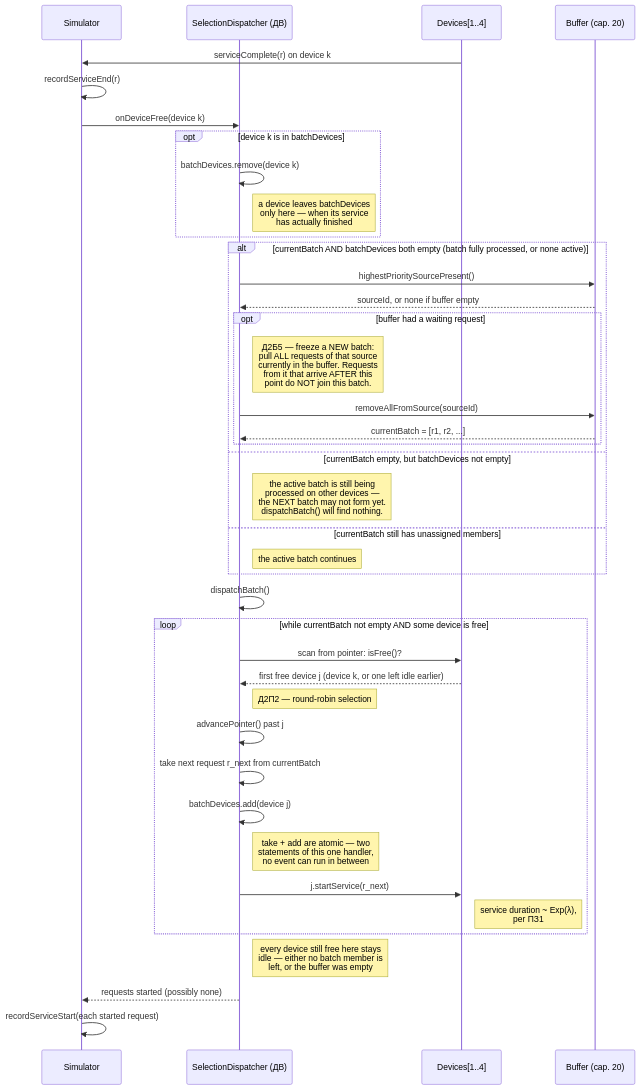
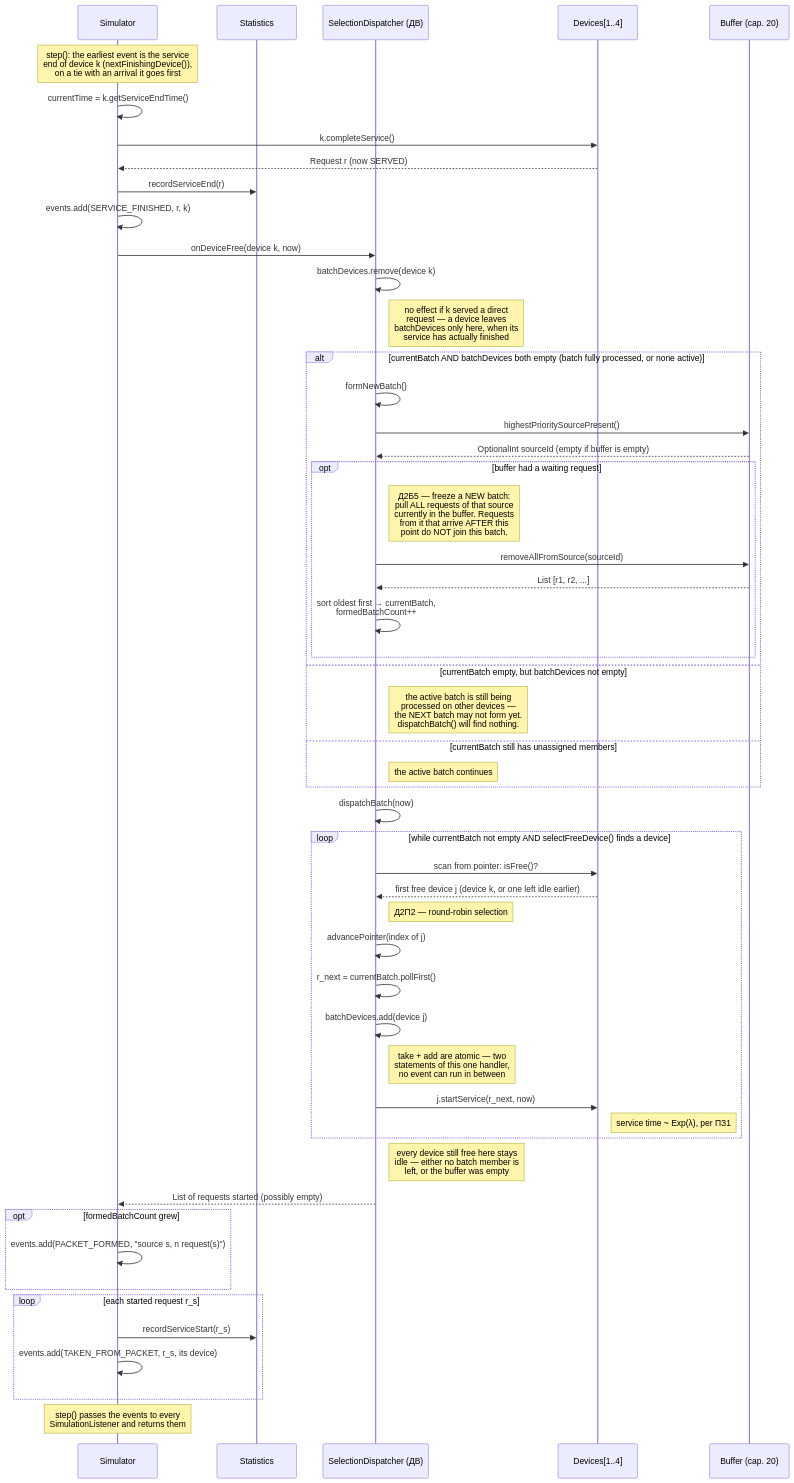
Before and after one commit to abdelrhmanbaha/smo-v24-commodity-trading: the diagram in docs/diagrams/sequence-device-free.mmd, drawn with Mermaid. The commit also changed 7 other files, not shown here.

Commit message:
Update sequence diagrams and flowchart to match the implementation

```diff
--- a/docs/diagrams/sequence-device-free.mmd
+++ b/docs/diagrams/sequence-device-free.mmd
@@ -1,44 +1,56 @@
 sequenceDiagram
     participant Sim as Simulator
+    participant St as Statistics
     participant ДВ as SelectionDispatcher (ДВ)
     participant D as Devices[1..4]
     participant B as Buffer (cap. 20)
 
-    D->>Sim: serviceComplete(r) on device k
-    Sim->>Sim: recordServiceEnd(r)
-    Sim->>ДВ: onDeviceFree(device k)
+    Note over Sim: step(): the earliest event is the service<br/>end of device k (nextFinishingDevice()),<br/>on a tie with an arrival it goes first
+    Sim->>Sim: currentTime = k.getServiceEndTime()
+    Sim->>D: k.completeService()
+    D-->>Sim: Request r (now SERVED)
+    Sim->>St: recordServiceEnd(r)
+    Sim->>Sim: events.add(SERVICE_FINISHED, r, k)
+    Sim->>ДВ: onDeviceFree(device k, now)
 
-    opt device k is in batchDevices
-        ДВ->>ДВ: batchDevices.remove(device k)
-        Note right of ДВ: a device leaves batchDevices<br/>only here — when its service<br/>has actually finished
-    end
+    ДВ->>ДВ: batchDevices.remove(device k)
+    Note right of ДВ: no effect if k served a direct<br/>request — a device leaves<br/>batchDevices only here, when its<br/>service has actually finished
 
     alt currentBatch AND batchDevices both empty (batch fully processed, or none active)
+        ДВ->>ДВ: formNewBatch()
         ДВ->>B: highestPrioritySourcePresent()
-        B-->>ДВ: sourceId, or none if buffer empty
+        B-->>ДВ: OptionalInt sourceId (empty if buffer is empty)
         opt buffer had a waiting request
             Note right of ДВ: Д2Б5 — freeze a NEW batch:<br/>pull ALL requests of that source<br/>currently in the buffer. Requests<br/>from it that arrive AFTER this<br/>point do NOT join this batch.
             ДВ->>B: removeAllFromSource(sourceId)
-            B-->>ДВ: currentBatch = [r1, r2, ...]
+            B-->>ДВ: List [r1, r2, ...]
+            ДВ->>ДВ: sort oldest first → currentBatch,<br/>formedBatchCount++
         end
     else currentBatch empty, but batchDevices not empty
         Note right of ДВ: the active batch is still being<br/>processed on other devices —<br/>the NEXT batch may not form yet.<br/>dispatchBatch() will find nothing.
     else currentBatch still has unassigned members
         Note right of ДВ: the active batch continues
     end
 
-    ДВ->>ДВ: dispatchBatch()
-    loop while currentBatch not empty AND some device is free
+    ДВ->>ДВ: dispatchBatch(now)
+    loop while currentBatch not empty AND selectFreeDevice() finds a device
         ДВ->>D: scan from pointer: isFree()?
         D-->>ДВ: first free device j (device k, or one left idle earlier)
         Note right of ДВ: Д2П2 — round-robin selection
-        ДВ->>ДВ: advancePointer() past j
-        ДВ->>ДВ: take next request r_next from currentBatch
+        ДВ->>ДВ: advancePointer(index of j)
+        ДВ->>ДВ: r_next = currentBatch.pollFirst()
         ДВ->>ДВ: batchDevices.add(device j)
         Note right of ДВ: take + add are atomic — two<br/>statements of this one handler,<br/>no event can run in between
-        ДВ->>D: j.startService(r_next)
-        Note right of D: service duration ~ Exp(λ),<br/>per ПЗ1
+        ДВ->>D: j.startService(r_next, now)
+        Note right of D: service time ~ Exp(λ), per ПЗ1
     end
     Note right of ДВ: every device still free here stays<br/>idle — either no batch member is<br/>left, or the buffer was empty
-    ДВ-->>Sim: requests started (possibly none)
-    Sim->>Sim: recordServiceStart(each started request)
+    ДВ-->>Sim: List of requests started (possibly empty)
+    opt formedBatchCount grew
+        Sim->>Sim: events.add(PACKET_FORMED, "source s, n request(s)")
+    end
+    loop each started request r_s
+        Sim->>St: recordServiceStart(r_s)
+        Sim->>Sim: events.add(TAKEN_FROM_PACKET, r_s, its device)
+    end
+    Note over Sim: step() passes the events to every<br/>SimulationListener and returns them
```
